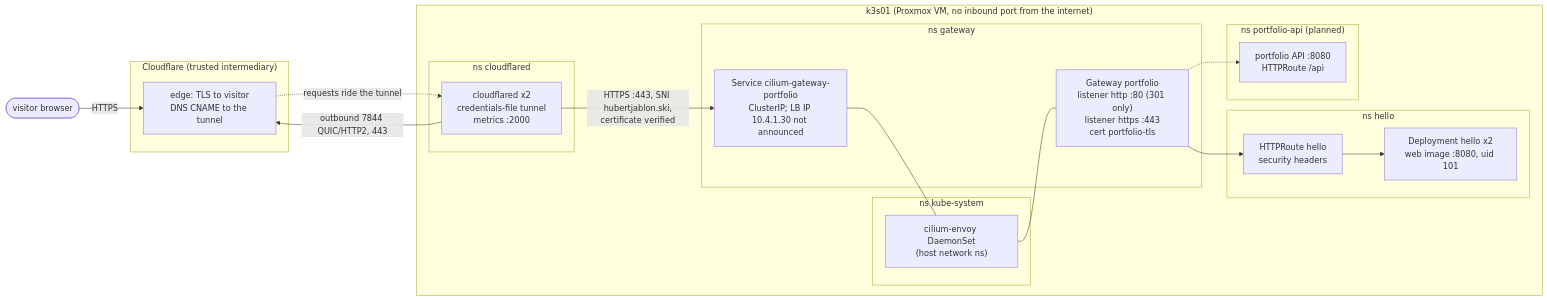
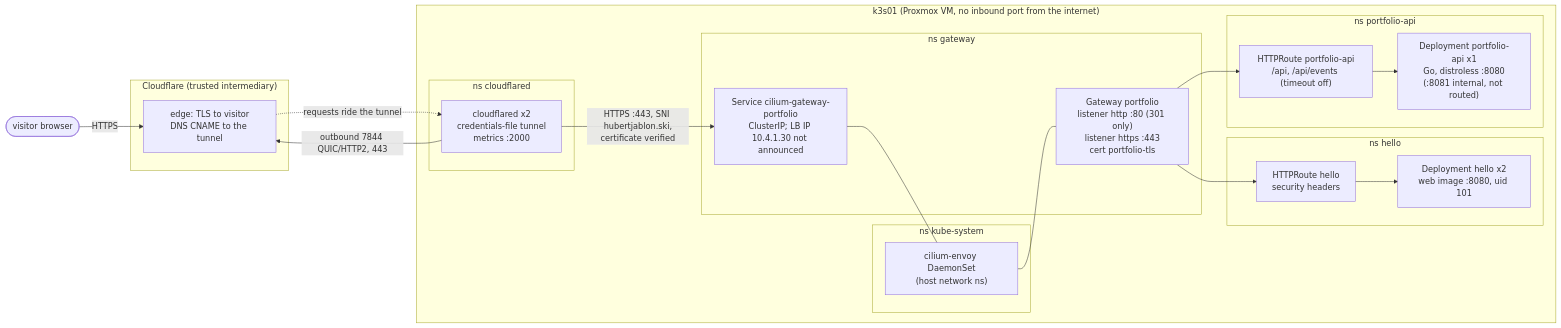
Before and after one commit to HubertMJ/self-defending-portfolio: the first of 5 diagrams in docs/architecture/README.md, drawn with Mermaid. The commit also changed other lines of this file and 1 other file, not shown here.

First line of the commit message:
docs: architecture diagrams with the portfolio API, the scenarios and one image workflow

````diff
--- a/docs/architecture/README.md
+++ b/docs/architecture/README.md
@@ -31,34 +32,35 @@
 ```mermaid
 flowchart LR
     V([visitor browser])
     subgraph CF["Cloudflare (trusted intermediary)"]
         EDGE["edge: TLS to visitor<br/>DNS CNAME to the tunnel"]
     end
     subgraph NODE["k3s01 (Proxmox VM, no inbound port from the internet)"]
         subgraph NS_CFD["ns cloudflared"]
             CFD["cloudflared x2<br/>credentials-file tunnel<br/>metrics :2000"]
         end
         subgraph NS_KS["ns kube-system"]
             ENVOY["cilium-envoy DaemonSet<br/>(host network ns)"]
         end
         subgraph NS_GW["ns gateway"]
             GW["Gateway portfolio<br/>listener http :80 (301 only)<br/>listener https :443<br/>cert portfolio-tls"]
             SVC["Service cilium-gateway-portfolio<br/>ClusterIP; LB IP 10.4.1.30 not announced"]
         end
         subgraph NS_HELLO["ns hello"]
             ROUTE["HTTPRoute hello<br/>security headers"]
             WEB["Deployment hello x2<br/>web image :8080, uid 101"]
         end
-        subgraph NS_API["ns portfolio-api (planned)"]
-            API["portfolio API :8080<br/>HTTPRoute /api"]
+        subgraph NS_API["ns portfolio-api"]
+            AROUTE["HTTPRoute portfolio-api<br/>/api, /api/events (timeout off)"]
+            API["Deployment portfolio-api x1<br/>Go, distroless :8080<br/>(:8081 internal, not routed)"]
         end
     end
     V -- "HTTPS" --> EDGE
     CFD -- "outbound 7844 QUIC/HTTP2, 443" --> EDGE
     EDGE -. "requests ride the tunnel" .-> CFD
     CFD -- "HTTPS :443, SNI hubertjablon.ski,<br/>certificate verified" --> SVC
     SVC --- ENVOY
     ENVOY --- GW
     GW --> ROUTE --> WEB
-    GW -.-> API
+    GW --> AROUTE --> API
 ```
````
